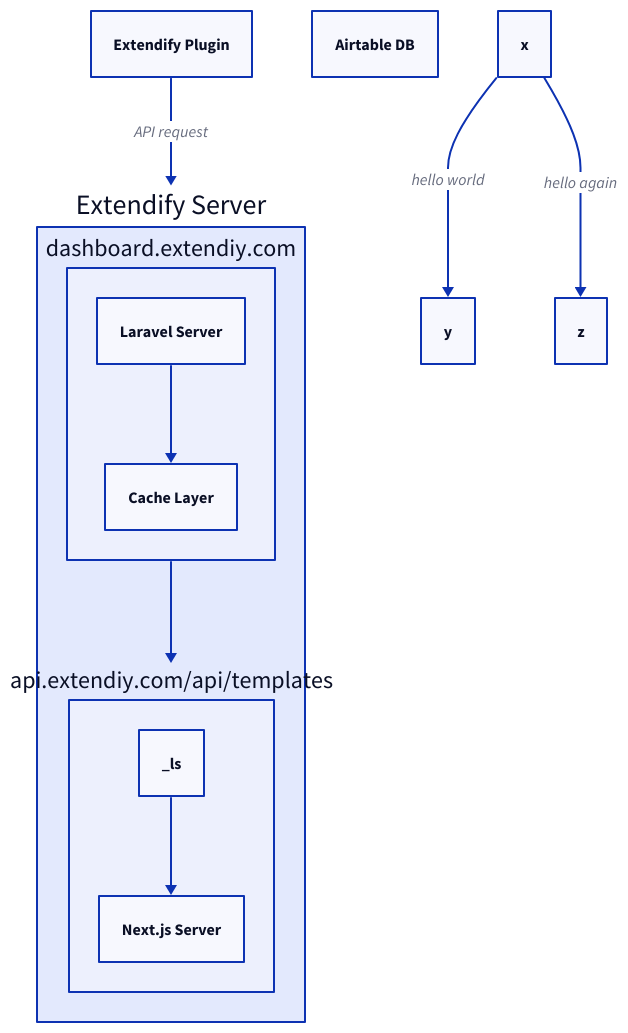
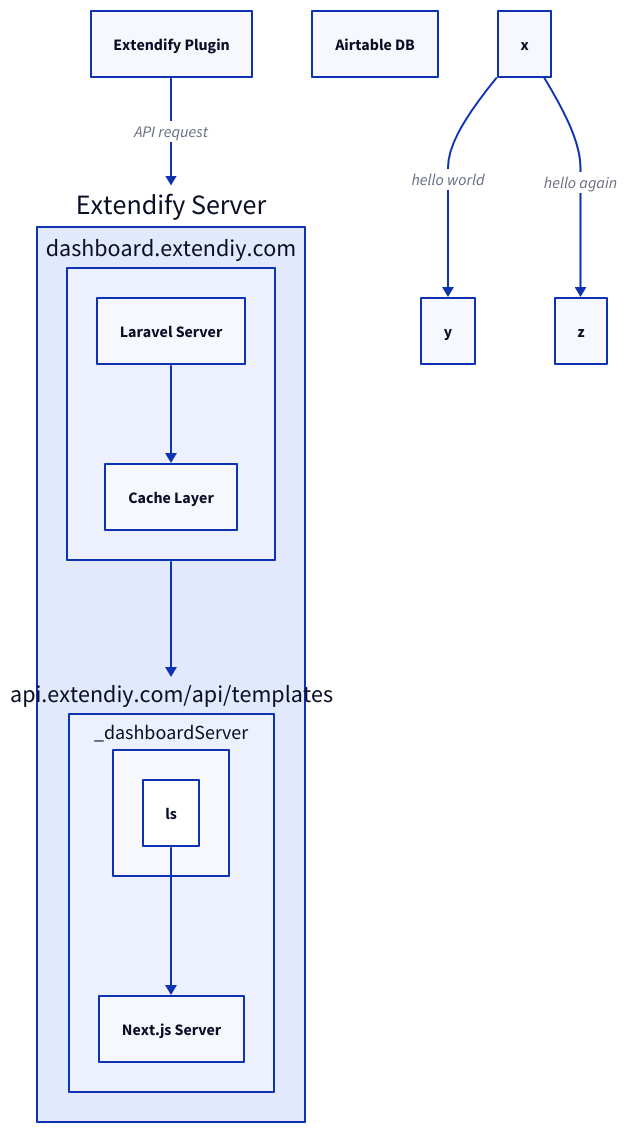
One commit to dgwyer/myapp changed the diagram in d2/file.d2. Above: the diagram before and after it, drawn with D2.

Commit message:
try to render

```diff
--- a/d2/file.d2
+++ b/d2/file.d2
@@ -1,22 +1,22 @@
 a: Extendify Plugin
 e: Airtable DB
 
 extendifyServer: Extendify Server {
   dashboardServer: dashboard.extendiy.com {
     ls: Laravel Server
     cl: Cache Layer
 
     ls -> cl
   }
 
   apiServer: api.extendiy.com/api/templates {
     nj: Next.js Server
-    _ls -> nj
+    _dashboardServer.ls -> nj
   }
 
   dashboardServer -> apiServer
 }
 
 a -> extendifyServer: API request
 x -> y: hello world
 x -> z: hello again
```
